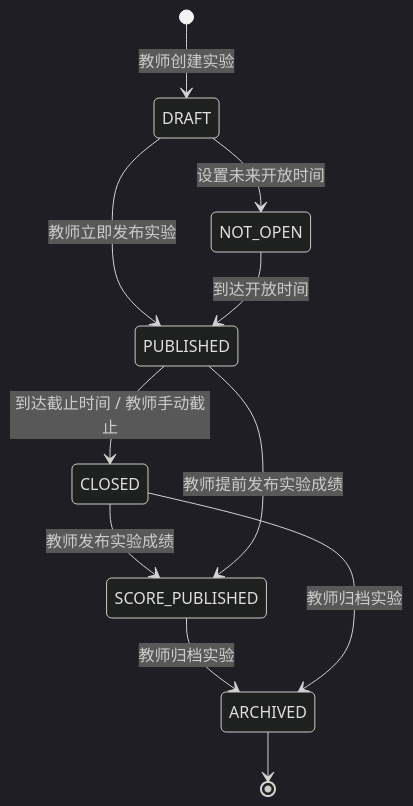
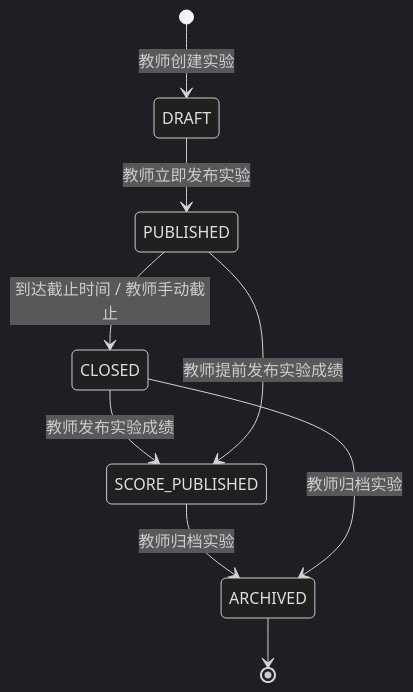
Diagram 32 of 50 in docs/最终提交/软件详细设计说明书.md (Cr4zyorange/OnlineJudge), drawn with Mermaid (dark theme) before and after one commit. The commit also changed other lines of this file and 12 other files, not shown here.

````diff
--- a/docs/最终提交/软件详细设计说明书.md
+++ b/docs/最终提交/软件详细设计说明书.md
@@ -2676,13 +2986,11 @@
 ```mermaid
 stateDiagram-v2
     [*] --> DRAFT: 教师创建实验
-    DRAFT --> NOT_OPEN: 设置未来开放时间
     DRAFT --> PUBLISHED: 教师立即发布实验
-    NOT_OPEN --> PUBLISHED: 到达开放时间
     PUBLISHED --> CLOSED: 到达截止时间 / 教师手动截止
     CLOSED --> SCORE_PUBLISHED: 教师发布实验成绩
     PUBLISHED --> SCORE_PUBLISHED: 教师提前发布实验成绩
     SCORE_PUBLISHED --> ARCHIVED: 教师归档实验
     CLOSED --> ARCHIVED: 教师归档实验
     ARCHIVED --> [*]
 ```
````
